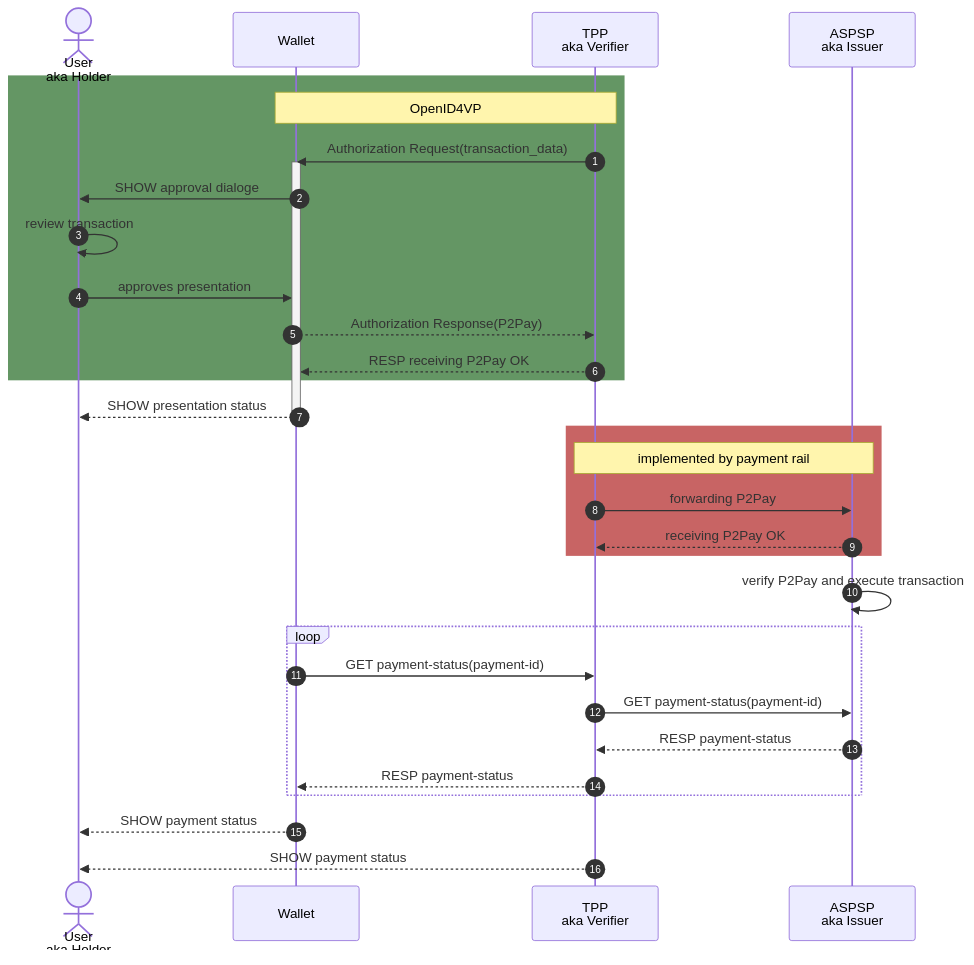
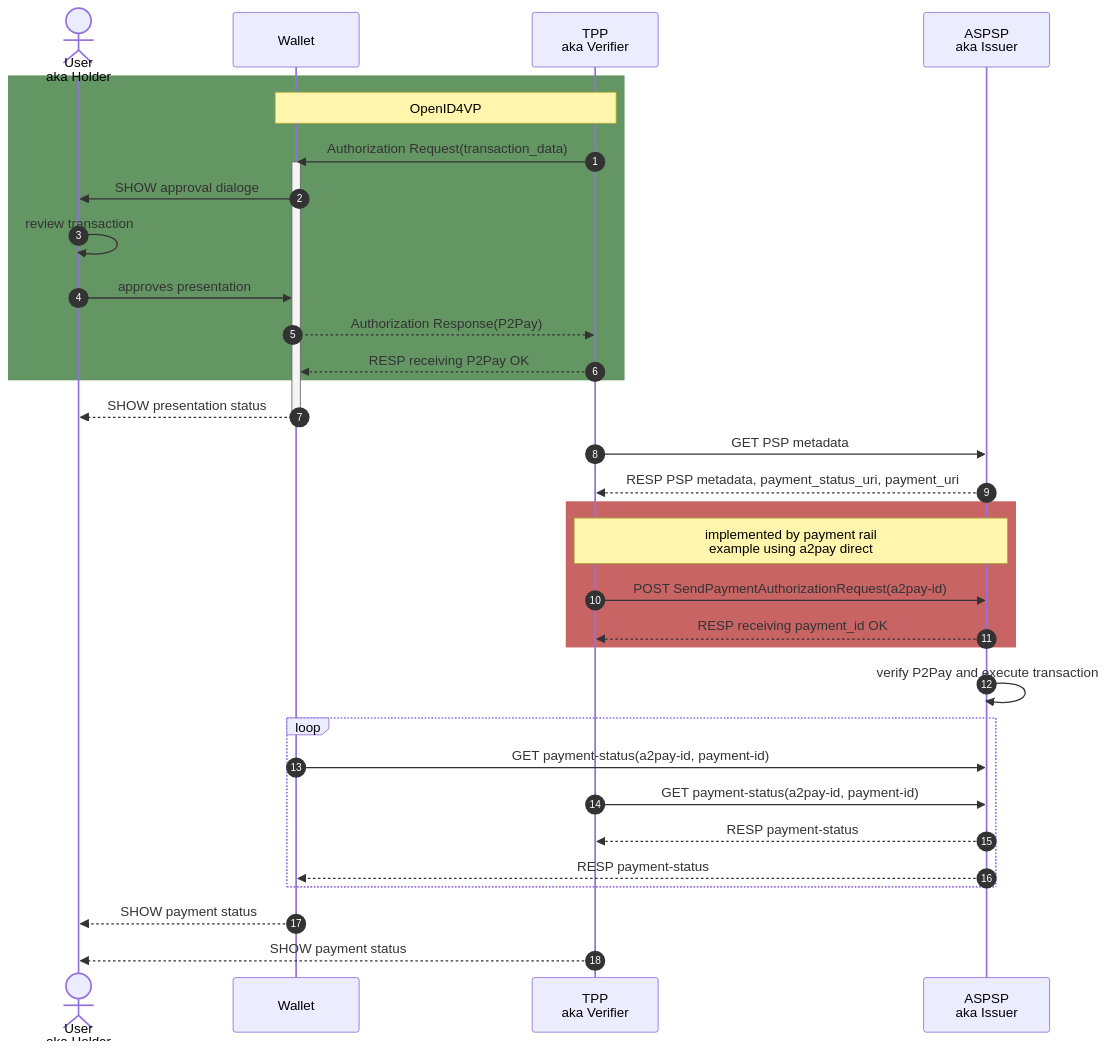
Before and after one commit to nobid-consortium/payment-reference-documentation: the second of 3 diagrams in payment-reference-doc.md, drawn with Mermaid. The commit also changed other lines of this file and 4 other files, not shown here.

````diff
--- a/payment-reference-doc.md
+++ b/payment-reference-doc.md
@@ -330,35 +388,37 @@
 ```mermaid
 
 sequenceDiagram
     autonumber
     actor user as User<br/>aka Holder
     participant wallet as Wallet
     participant psp2 as TPP<br/>aka Verifier
     participant psp as ASPSP<br/>aka Issuer
     rect rgb(100, 150, 100)
     note over wallet, psp2: OpenID4VP
     psp2 ->> wallet: Authorization Request(transaction_data)
     activate wallet
     wallet ->> user: SHOW approval dialoge
     user ->> user: review transaction
     user ->> wallet: approves presentation
     wallet -->> psp2: Authorization Response(P2Pay)
     psp2 -->> wallet: RESP receiving P2Pay OK
     end
     wallet -->> user: SHOW presentation status
     deactivate wallet
+    psp2 ->> psp: GET PSP metadata
+    psp -->> psp2: RESP PSP metadata, payment_status_uri, payment_uri
     rect rgb(200, 100, 100)
-    note over psp, psp2: implemented by payment rail 
-    psp2 ->> psp: forwarding P2Pay
-    psp -->> psp2: receiving P2Pay OK
+    note over psp, psp2: implemented by payment rail<br>example using a2pay direct  
+    psp2 ->> psp: POST SendPaymentAuthorizationRequest(a2pay-id)
+    psp -->> psp2: RESP receiving payment_id OK 
     end
     psp ->> psp: verify P2Pay and execute transaction
     loop
-    wallet ->> psp2: GET payment-status(payment-id)
-    psp2 ->> psp: GET payment-status(payment-id)
+    wallet ->> psp: GET payment-status(a2pay-id, payment-id)
+    psp2 ->> psp: GET payment-status(a2pay-id, payment-id)
     psp -->> psp2: RESP payment-status 
-    psp2 -->> wallet: RESP payment-status
+    psp -->> wallet: RESP payment-status
     end
     wallet -->> user: SHOW payment status
     psp2 -->> user: SHOW payment status
 ```
````
